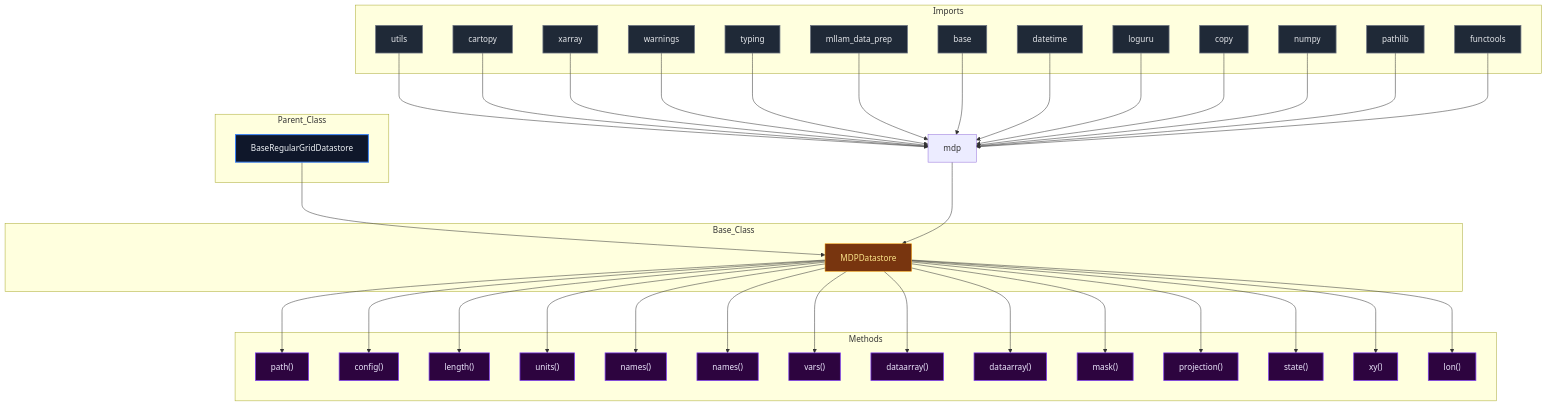
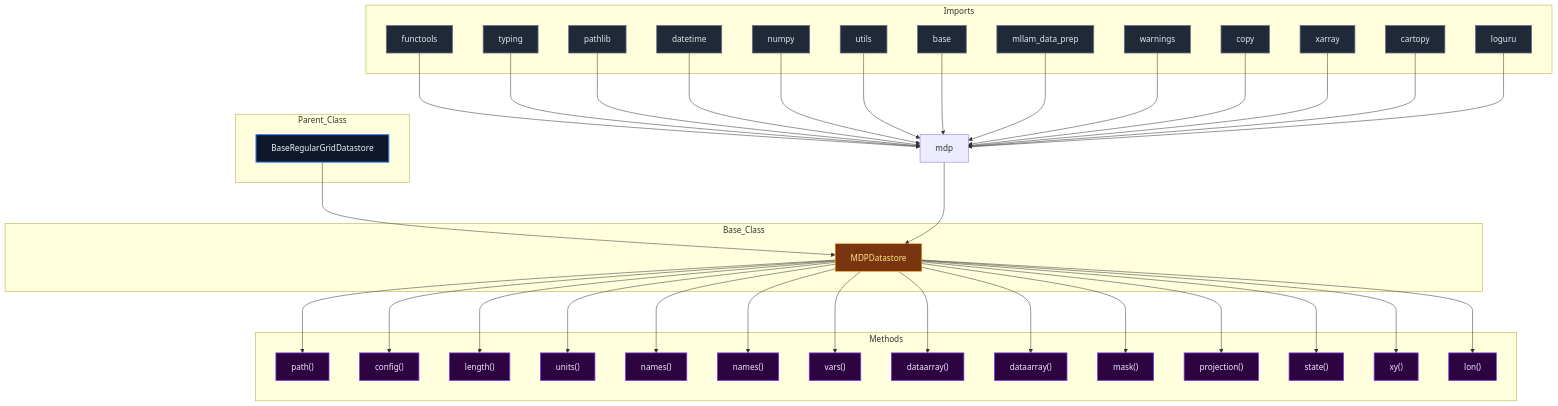
One commit to mllam/neural-lam changed the diagram in docs/diagrams/structure/mdp_diagram.md. Above: the diagram before and after it, drawn with Mermaid. The commit also changed 20 other files, not shown here.

````diff
--- a/docs/diagrams/structure/mdp_diagram.md
+++ b/docs/diagrams/structure/mdp_diagram.md
@@ -15,34 +15,34 @@
     BaseRegularGridDatastore --> MDPDatastore
 
 subgraph Imports
+    functools["functools"]
+    typing["typing"]
+    pathlib["pathlib"]
+    datetime["datetime"]
+    numpy["numpy"]
     utils["utils"]
+    base["base"]
+    mllam_data_prep["mllam_data_prep"]
+    warnings["warnings"]
+    copy["copy"]
+    xarray["xarray"]
     cartopy["cartopy"]
-    xarray["xarray"]
-    warnings["warnings"]
-    typing["typing"]
-    mllam_data_prep["mllam_data_prep"]
-    base["base"]
-    datetime["datetime"]
     loguru["loguru"]
-    copy["copy"]
-    numpy["numpy"]
-    pathlib["pathlib"]
-    functools["functools"]
 end
 
+    functools --> module
+    typing --> module
+    pathlib --> module
+    datetime --> module
+    numpy --> module
     utils --> module
+    base --> module
+    mllam_data_prep --> module
+    warnings --> module
+    copy --> module
+    xarray --> module
     cartopy --> module
-    xarray --> module
-    warnings --> module
-    typing --> module
-    mllam_data_prep --> module
-    base --> module
-    datetime --> module
     loguru --> module
-    copy --> module
-    numpy --> module
-    pathlib --> module
-    functools --> module
     module --> MDPDatastore
 
 subgraph Methods
@@ -84,6 +84,6 @@
 classDef callNode fill:#064e3b,stroke:#10b981,stroke-width:1.5px,color:#d1fae5,font-size:16px
 class BaseRegularGridDatastore parent
 class MDPDatastore base
-class utils,cartopy,xarray,warnings,typing,mllam_data_prep,base,datetime,loguru,copy,numpy,pathlib,functools import
+class functools,typing,pathlib,datetime,numpy,utils,base,mllam_data_prep,warnings,copy,xarray,cartopy,loguru import
 class MDPDatastore_root_path,MDPDatastore_config,MDPDatastore_step_length,MDPDatastore_get_vars_units,MDPDatastore_get_vars_names,MDPDatastore_get_vars_long_names,MDPDatastore_get_num_data_vars,MDPDatastore_get_dataarray,MDPDatastore_get_standardization_dataarray,MDPDatastore_boundary_mask,MDPDatastore_coords_projection,MDPDatastore_grid_shape_state,MDPDatastore_get_xy,MDPDatastore_get_lat_lon method
 ```
````
